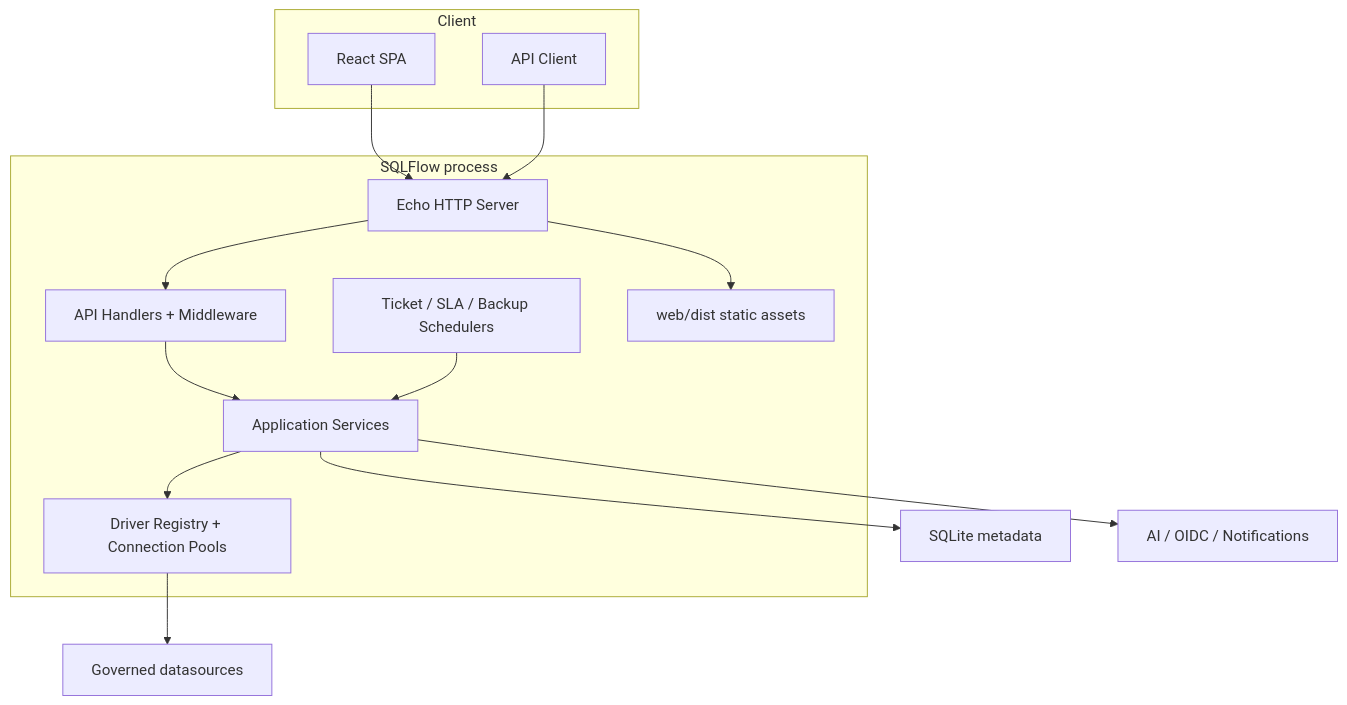
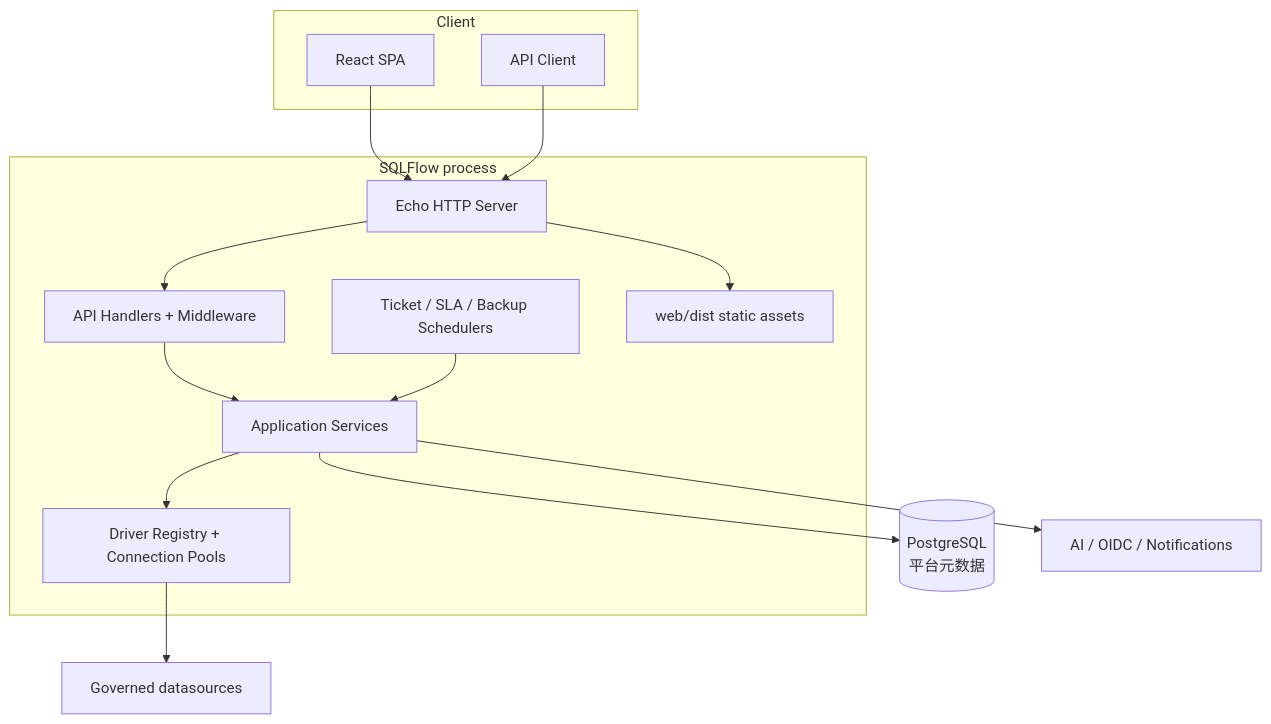
The second of 5 diagrams in docs/ARCHITECTURE.md (whg517/sqlflow), drawn with Mermaid before and after one commit. The commit also changed other lines of this file and 13 other files, not shown here.

````diff
--- a/docs/ARCHITECTURE.md
+++ b/docs/ARCHITECTURE.md
@@ -49,27 +54,27 @@
 ```mermaid
 flowchart TB
     subgraph ClientSide["Client"]
         Browser["React SPA"]
         CLI["API Client"]
     end
 
     subgraph Process["SQLFlow process"]
         Echo["Echo HTTP Server"]
         Handlers["API Handlers + Middleware"]
         Services["Application Services"]
         Schedulers["Ticket / SLA / Backup Schedulers"]
         Drivers["Driver Registry + Connection Pools"]
         Static["web/dist static assets"]
     end
 
     Browser --> Echo
     CLI --> Echo
     Echo --> Static
     Echo --> Handlers
     Handlers --> Services
     Schedulers --> Services
-    Services --> Meta["SQLite metadata"]
+    Services --> Meta[("PostgreSQL<br/>平台元数据")]
     Services --> Drivers
     Drivers --> Targets["Governed datasources"]
     Services --> External["AI / OIDC / Notifications"]
 ```
````
